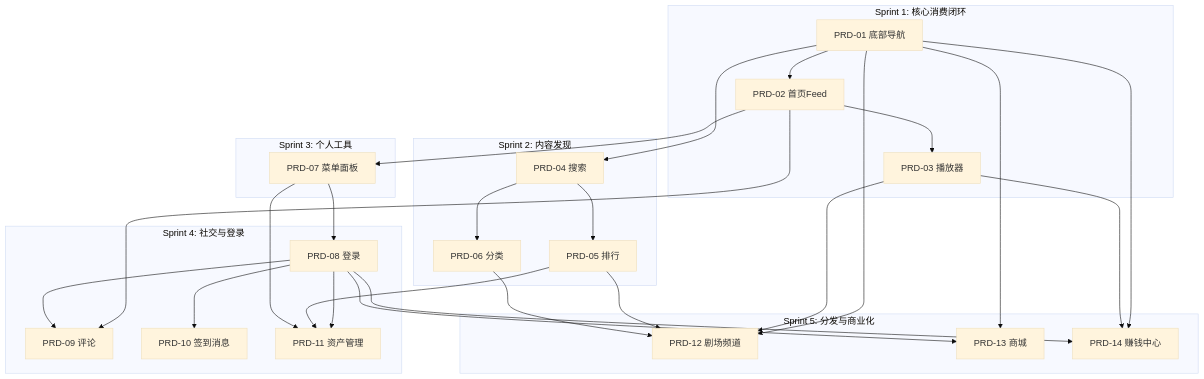
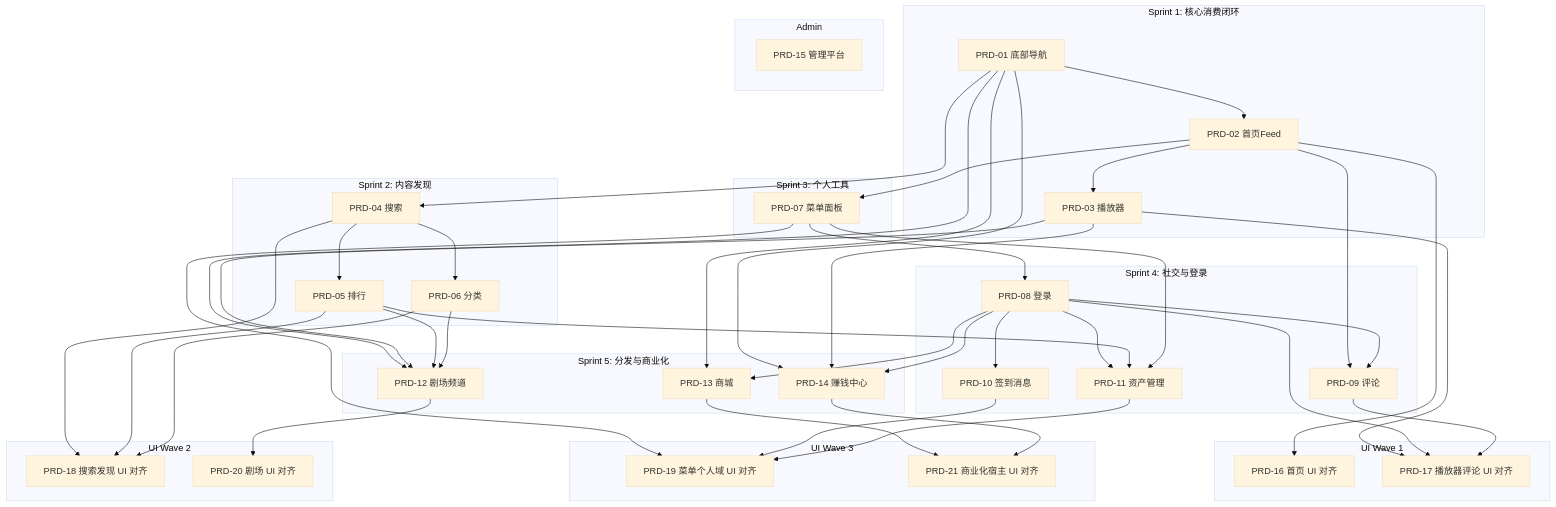
The diagram in docs/product_manager/sprint.md (djs66256/fork-any-application), drawn with Mermaid (base theme) before and after one commit. The commit also changed other lines of this file and 17 other files, not shown here.

````diff
--- a/docs/product_manager/sprint.md
+++ b/docs/product_manager/sprint.md
@@ -49,6 +53,25 @@
         P14[PRD-14 赚钱中心]
     end
 
+    subgraph ADM[Admin]
+        P15[PRD-15 管理平台]
+    end
+
+    subgraph W1[UI Wave 1]
+        P16[PRD-16 首页 UI 对齐]
+        P17[PRD-17 播放器评论 UI 对齐]
+    end
+
+    subgraph W2[UI Wave 2]
+        P18[PRD-18 搜索发现 UI 对齐]
+        P20[PRD-20 剧场 UI 对齐]
+    end
+
+    subgraph W3[UI Wave 3]
+        P19[PRD-19 菜单个人域 UI 对齐]
+        P21[PRD-21 商业化宿主 UI 对齐]
+    end
+
     P01 --> P02
     P02 --> P03
     P01 --> P04
@@ -56,19 +79,33 @@
     P04 --> P06
     P02 --> P07
     P07 --> P08
-    P01 --> P12
-    P01 --> P13
-    P01 --> P14
     P02 --> P09
     P08 --> P09
     P08 --> P10
     P08 --> P11
     P05 --> P11
     P07 --> P11
+    P01 --> P12
+    P01 --> P13
+    P01 --> P14
     P03 --> P12
     P05 --> P12
     P06 --> P12
     P08 --> P13
     P03 --> P14
     P08 --> P14
+
+    P02 --> P16
+    P03 --> P17
+    P08 --> P17
+    P09 --> P17
+    P04 --> P18
+    P05 --> P18
+    P06 --> P18
+    P07 --> P19
+    P10 --> P19
+    P11 --> P19
+    P12 --> P20
+    P13 --> P21
+    P14 --> P21
 ```
````
